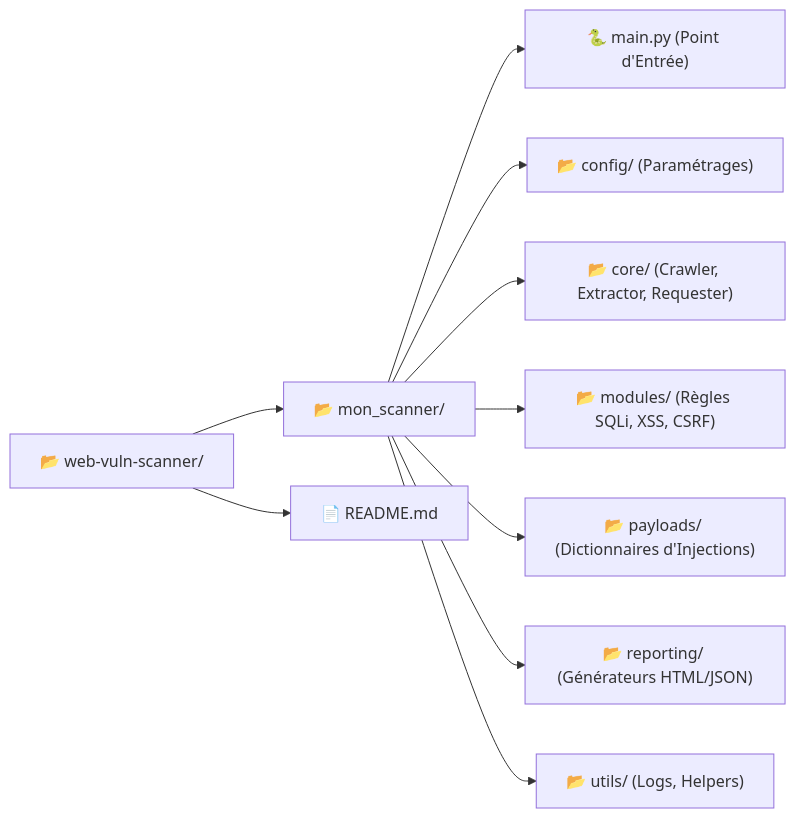
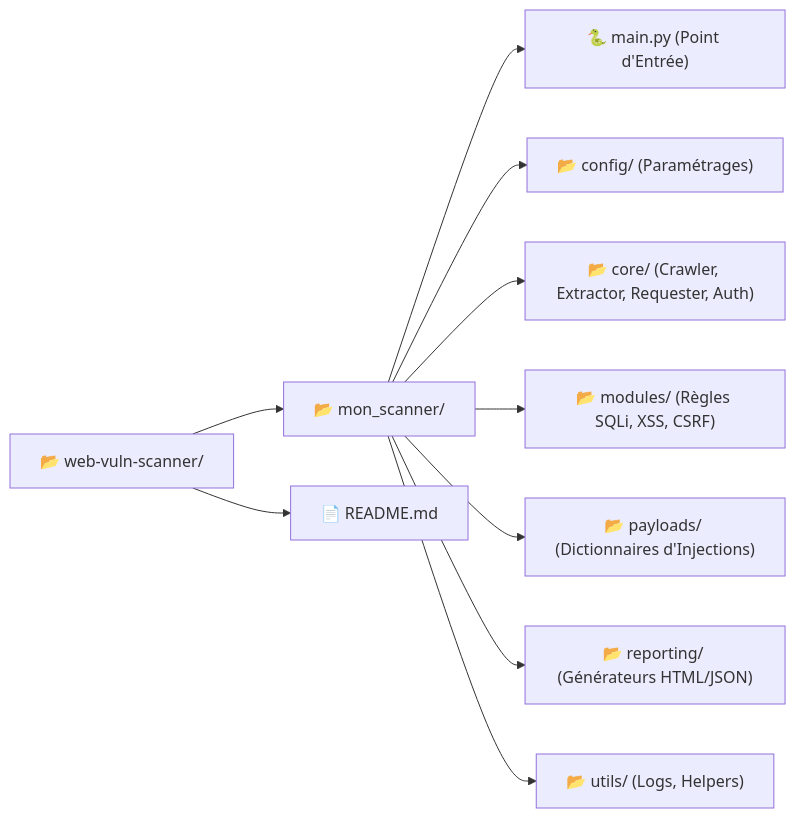
The second of 2 diagrams in README.md (JamaiAli/web-vuln-scanner), drawn with Mermaid before and after one commit. The commit also changed other lines of this file, not shown here.

Commit message:
Update README with V2 Features (Auth, Stored XSS, strict CSRF)

````diff
--- a/README.md
+++ b/README.md
@@ -56,12 +60,12 @@
 ```mermaid
 graph LR
     Root["📂 web-vuln-scanner/"] --> Scanner["📂 mon_scanner/"]
     Root --> Readme["📄 README.md"]
     Scanner --> Main["🐍 main.py (Point d'Entrée)"]
     Scanner --> Config["📂 config/ (Paramétrages)"]
-    Scanner --> Core["📂 core/ (Crawler, Extractor, Requester)"]
+    Scanner --> Core["📂 core/ (Crawler, Extractor, Requester, Auth)"]
     Scanner --> Modules["📂 modules/ (Règles SQLi, XSS, CSRF)"]
     Scanner --> Payloads["📂 payloads/ (Dictionnaires d'Injections)"]
     Scanner --> Reporting["📂 reporting/ (Générateurs HTML/JSON)"]
     Scanner --> Utils["📂 utils/ (Logs, Helpers)"]
 ```
````
